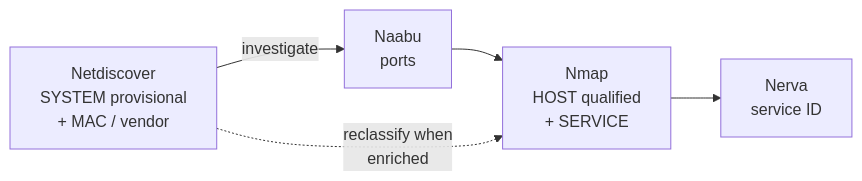
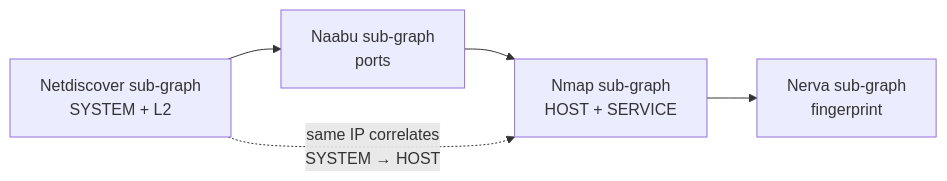
One commit to brettforbes/spiderfeet changed the ninth of 9 diagrams in .docs/docs-for-cli-tools/_Current_Ontology.md. Above: the diagram before and after it, drawn with Mermaid. The commit also changed other lines of this file, not shown here.

First line of the commit message:
Restructure CLI ontology as unified composable sub-graph model.

````diff
--- a/.docs/docs-for-cli-tools/_Current_Ontology.md
+++ b/.docs/docs-for-cli-tools/_Current_Ontology.md
@@ -329,11 +296,9 @@
 ```mermaid
 flowchart LR
-  nd["Netdiscover\nSYSTEM provisional\n+ MAC / vendor"]
-  nb["Naabu\nports"]
-  nm["Nmap\nHOST qualified\n+ SERVICE"]
-  nv["Nerva\nservice ID"]
-  nd -->|"investigate"| nb
-  nb --> nm
-  nm --> nv
-  nd -.->|"reclassify when\nenriched"| nm
+  nd["Netdiscover sub-graph\nSYSTEM + L2"]
+  nb["Naabu sub-graph\nports"]
+  nm["Nmap sub-graph\nHOST + SERVICE"]
+  nv["Nerva sub-graph\nfingerprint"]
+  nd --> nb --> nm --> nv
+  nd -.->|"same IP correlates\nSYSTEM → HOST"| nm
 ```
````
